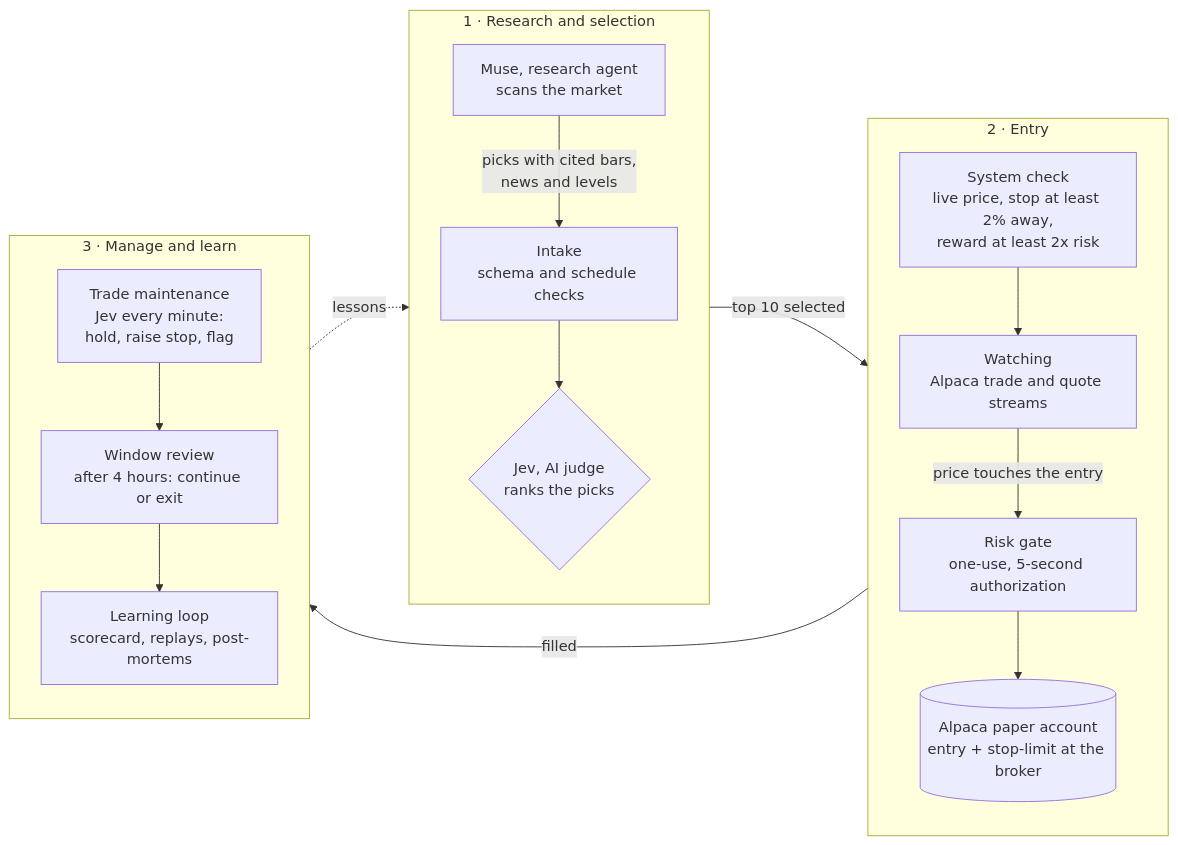
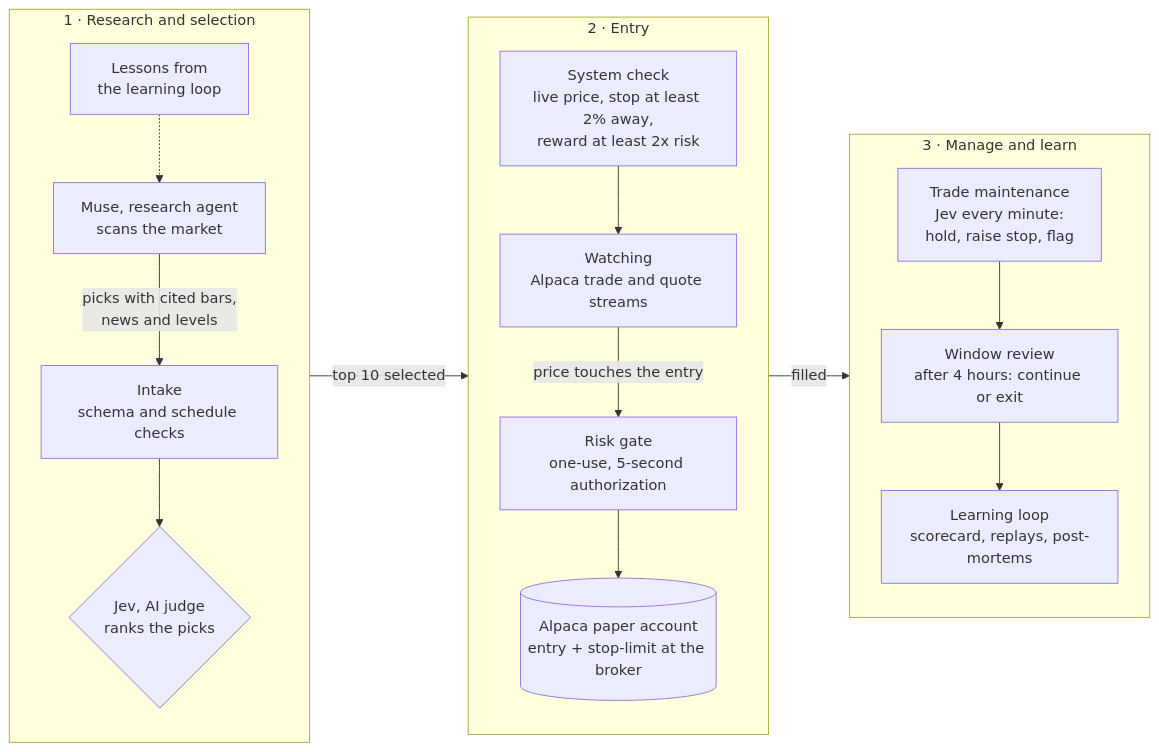
Before and after one commit to gramv/catalyst-retest-lab: the diagram in README.md, drawn with Mermaid.

Commit message:
README: diagram reads left to right

````diff
--- a/README.md
+++ b/README.md
@@ -40,22 +40,22 @@
 ```mermaid
 flowchart LR
     subgraph R1 ["1 · Research and selection"]
         direction TB
+        X["Lessons from<br/>the learning loop"] -.-> M
         M["Muse, research agent<br/>scans the market"] -->|"picks with cited bars,<br/>news and levels"| I["Intake<br/>schema and schedule checks"]
         I --> J{"Jev, AI judge<br/>ranks the picks"}
     end
     subgraph R2 ["2 · Entry"]
         direction TB
         S["System check<br/>live price, stop at least 2% away,<br/>reward at least 2x risk"] --> W["Watching<br/>Alpaca trade and quote streams"]
         W -->|"price touches the entry"| G["Risk gate<br/>one-use, 5-second authorization"]
         G --> B[("Alpaca paper account<br/>entry + stop-limit at the broker")]
     end
     subgraph R3 ["3 · Manage and learn"]
         direction TB
         T["Trade maintenance<br/>Jev every minute:<br/>hold, raise stop, flag"] --> V["Window review<br/>after 4 hours: continue or exit"]
         V --> L["Learning loop<br/>scorecard, replays, post-mortems"]
     end
     R1 -->|"top 10 selected"| R2
     R2 -->|"filled"| R3
-    R3 -.->|"lessons"| R1
 ```
````
